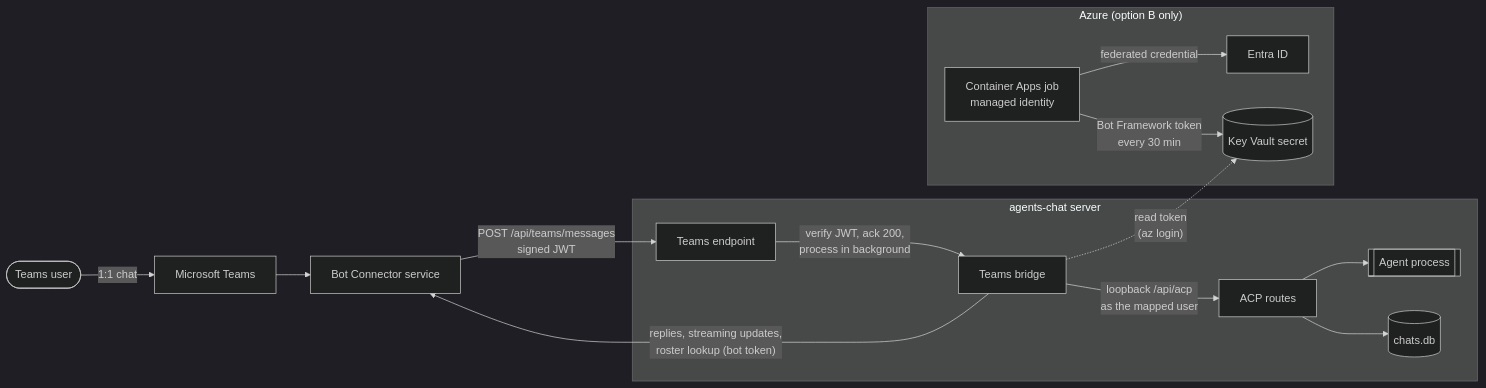
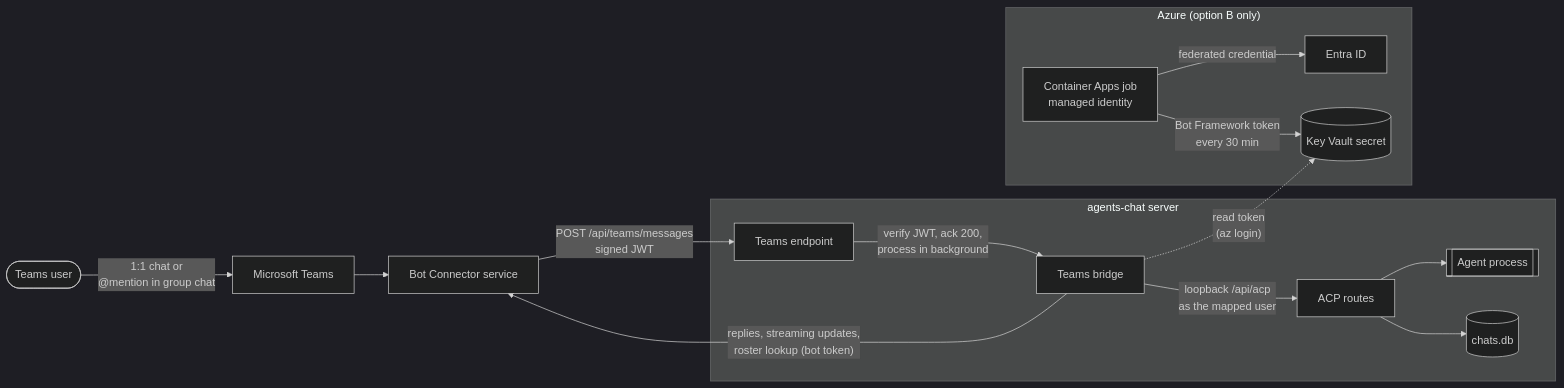
One commit to xujxu/agents-chat changed the diagram in docs/teams-bot.md. Above: the diagram before and after it, drawn with Mermaid (dark theme). The commit also changed other lines of this file and 5 other files, not shown here.

First line of the commit message:
Teams bot: support group chats, responding only to @mentions

````diff
--- a/docs/teams-bot.md
+++ b/docs/teams-bot.md
@@ -18,18 +19,18 @@
 ```mermaid
 flowchart LR
-  user([Teams user]) -->|1:1 chat| teams[Microsoft Teams]
+  user([Teams user]) -->|"1:1 chat or<br/>@mention in group chat"| teams[Microsoft Teams]
   teams --> bfs[Bot Connector service]
   bfs -->|"POST /api/teams/messages<br/>signed JWT"| route
   subgraph host[agents-chat server]
     route[Teams endpoint] -->|"verify JWT, ack 200,<br/>process in background"| bridge[Teams bridge]
     bridge -->|"loopback /api/acp<br/>as the mapped user"| acp[ACP routes]
     acp --> agent[[Agent process]]
     acp --> db[(chats.db)]
   end
   bridge -->|"replies, streaming updates,<br/>roster lookup (bot token)"| bfs
   subgraph azure["Azure (option B only)"]
     job[Container Apps job<br/>managed identity] -->|"federated credential"| entra[Entra ID]
     job -->|"Bot Framework token<br/>every 30 min"| kv[(Key Vault secret)]
   end
   bridge -.->|"read token<br/>(az login)"| kv
 ```
````
